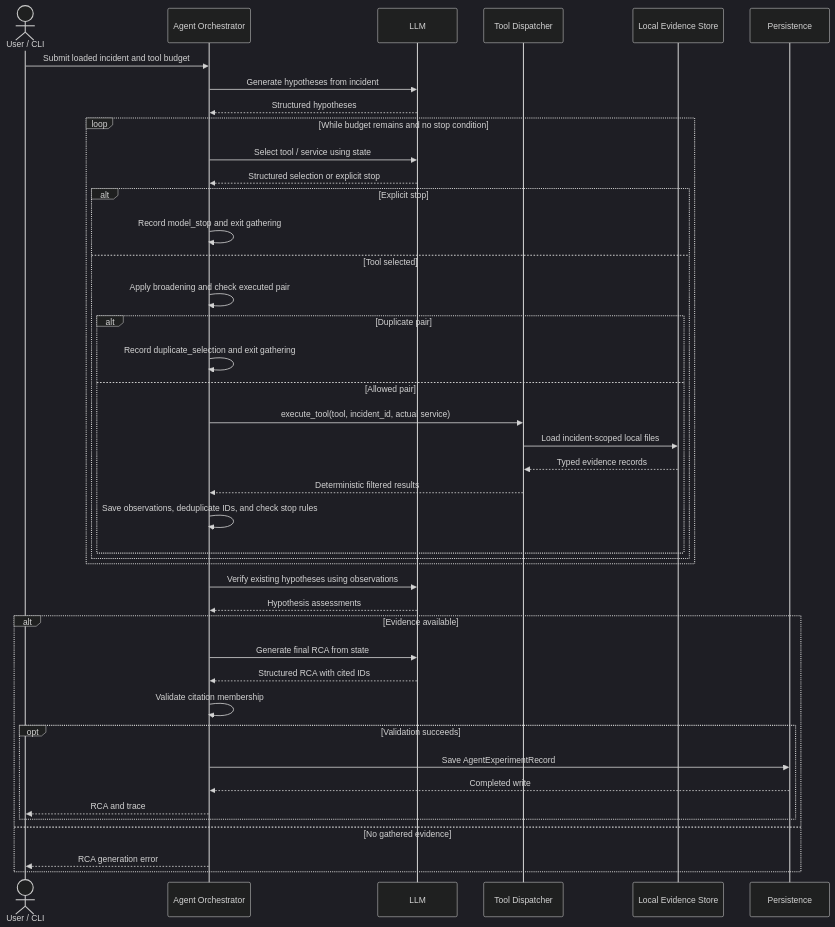
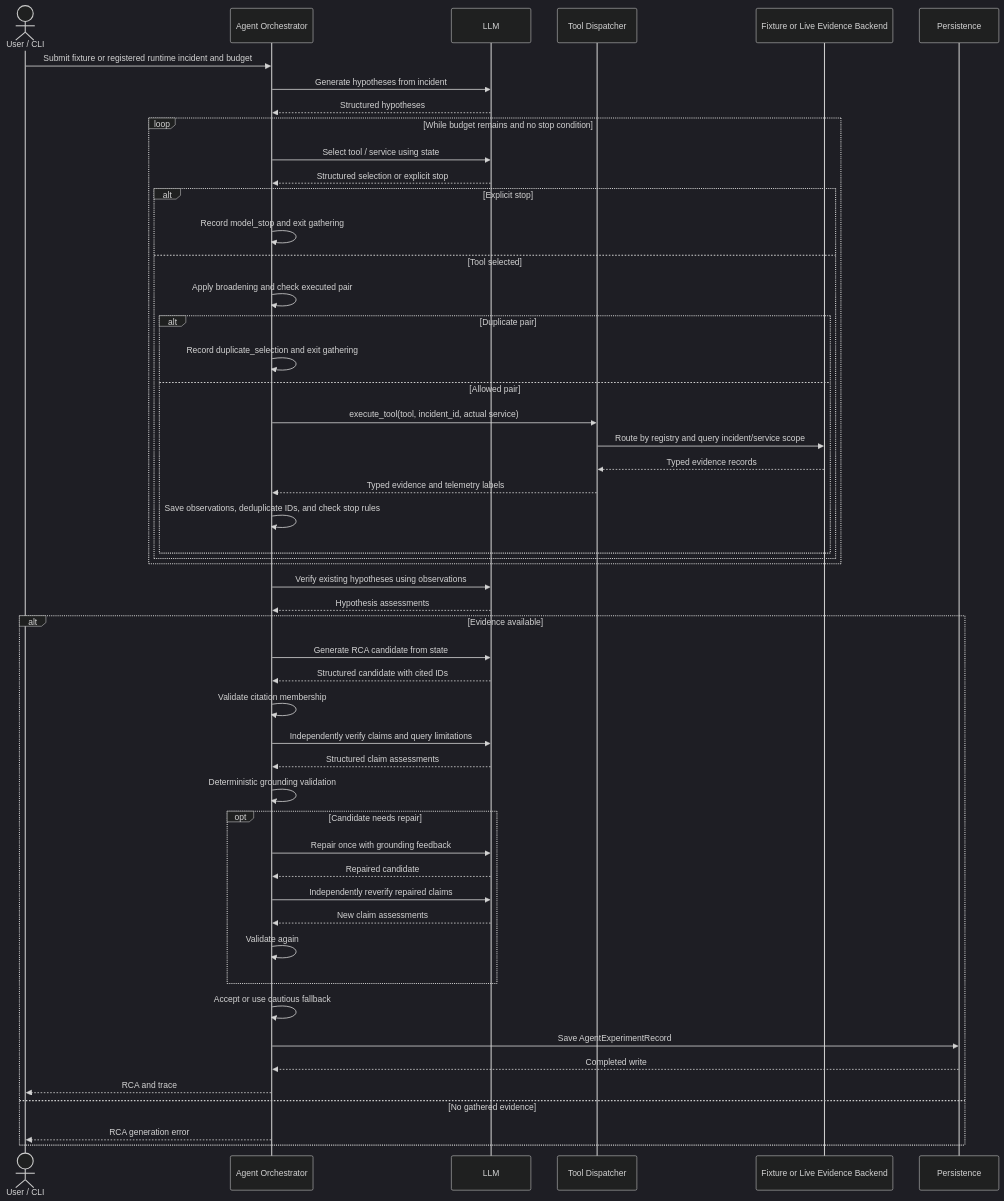
Before and after one commit to gaganjawa/traceroot: the sixth of 8 diagrams in docs/SYSTEM_DESIGN.md, drawn with Mermaid (dark theme). The commit also changed other lines of this file and 4 other files, not shown here.

````diff
--- a/docs/SYSTEM_DESIGN.md
+++ b/docs/SYSTEM_DESIGN.md
@@ -300,44 +320,53 @@
 ```mermaid
 sequenceDiagram
     actor U as User / CLI
     participant A as Agent Orchestrator
     participant L as LLM
     participant T as Tool Dispatcher
-    participant E as Local Evidence Store
+    participant E as Fixture or Live Evidence Backend
     participant P as Persistence
-    U->>A: Submit loaded incident and tool budget
+    U->>A: Submit fixture or registered runtime incident and budget
     A->>L: Generate hypotheses from incident
     L-->>A: Structured hypotheses
     loop While budget remains and no stop condition
         A->>L: Select tool / service using state
         L-->>A: Structured selection or explicit stop
         alt Explicit stop
             A->>A: Record model_stop and exit gathering
         else Tool selected
             A->>A: Apply broadening and check executed pair
             alt Duplicate pair
                 A->>A: Record duplicate_selection and exit gathering
             else Allowed pair
                 A->>T: execute_tool(tool, incident_id, actual service)
-                T->>E: Load incident-scoped local files
+                T->>E: Route by registry and query incident/service scope
                 E-->>T: Typed evidence records
-                T-->>A: Deterministic filtered results
+                T-->>A: Typed evidence and telemetry labels
                 A->>A: Save observations, deduplicate IDs, and check stop rules
             end
         end
     end
     A->>L: Verify existing hypotheses using observations
     L-->>A: Hypothesis assessments
     alt Evidence available
-        A->>L: Generate final RCA from state
-        L-->>A: Structured RCA with cited IDs
+        A->>L: Generate RCA candidate from state
+        L-->>A: Structured candidate with cited IDs
         A->>A: Validate citation membership
-        opt Validation succeeds
-            A->>P: Save AgentExperimentRecord
-            P-->>A: Completed write
-            A-->>U: RCA and trace
+        A->>L: Independently verify claims and query limitations
+        L-->>A: Structured claim assessments
+        A->>A: Deterministic grounding validation
+        opt Candidate needs repair
+            A->>L: Repair once with grounding feedback
+            L-->>A: Repaired candidate
+            A->>L: Independently reverify repaired claims
+            L-->>A: New claim assessments
+            A->>A: Validate again
         end
+        A->>A: Accept or use cautious fallback
+        A->>P: Save AgentExperimentRecord
+        P-->>A: Completed write
+        A-->>U: RCA and trace
     else No gathered evidence
         A-->>U: RCA generation error
     end
 ```
````
